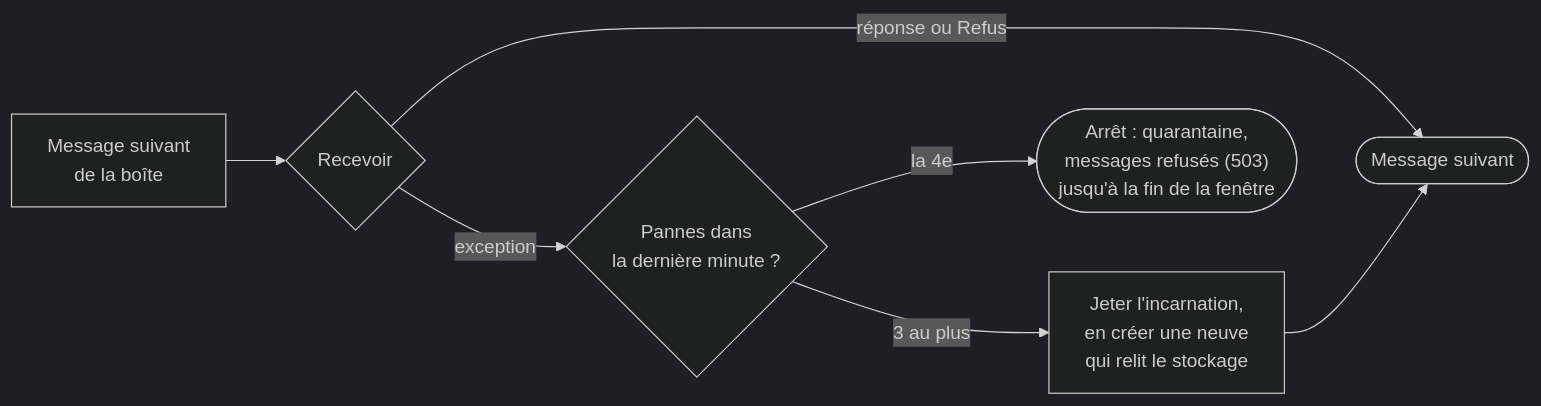
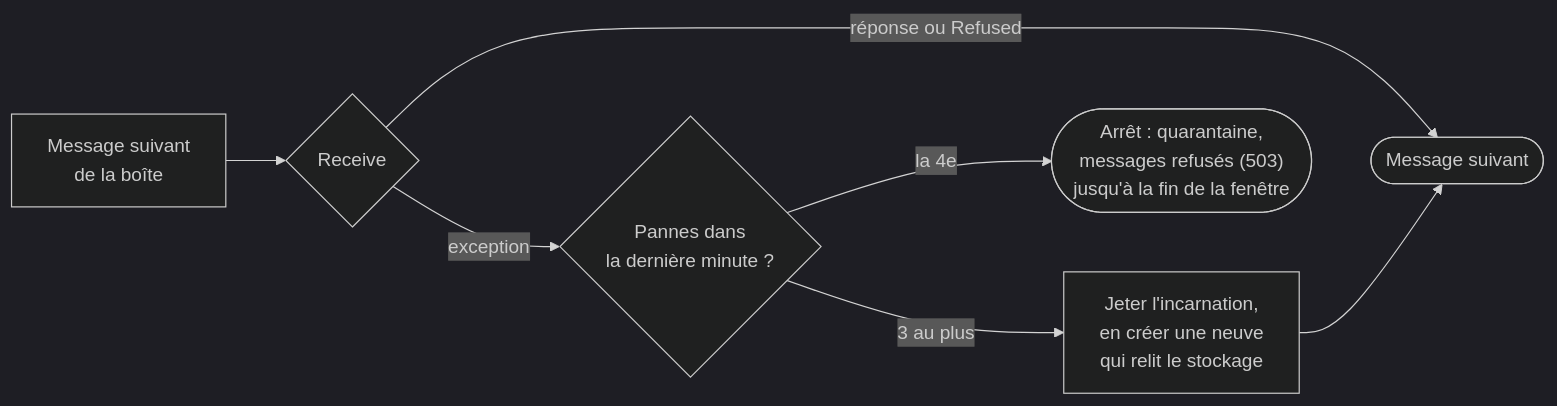
Before and after one commit to drangoht/ArchitecturesDemo: the fourth of 4 diagrams in Docs/18-modele-acteurs.md, drawn with Mermaid (dark theme). The commit also changed other lines of this file and 70 other files, not shown here.

Commit message:
Docs FR : identifiants, liens, diagrammes et sorties alignés sur le code anglais

````diff
--- a/Docs/18-modele-acteurs.md
+++ b/Docs/18-modele-acteurs.md
@@ -204,9 +204,9 @@
 ```mermaid
 flowchart LR
-    M["Message suivant<br/>de la boîte"] --> T{"Recevoir"}
-    T -->|"réponse ou Refus"| OK(["Message suivant"])
+    M["Message suivant<br/>de la boîte"] --> T{"Receive"}
+    T -->|"réponse ou Refused"| OK(["Message suivant"])
     T -->|"exception"| S{"Pannes dans<br/>la dernière minute ?"}
     S -->|"3 au plus"| R["Jeter l'incarnation,<br/>en créer une neuve<br/>qui relit le stockage"]
     R --> OK
     S -->|"la 4e"| Q(["Arrêt : quarantaine,<br/>messages refusés (503)<br/>jusqu'à la fin de la fenêtre"])
 ```
````
